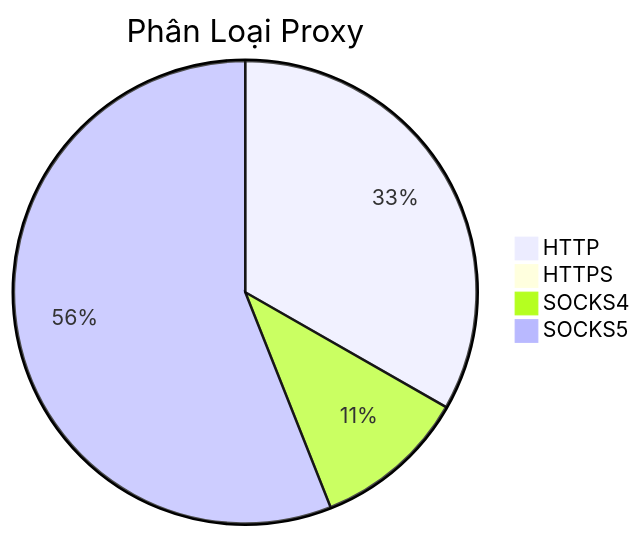
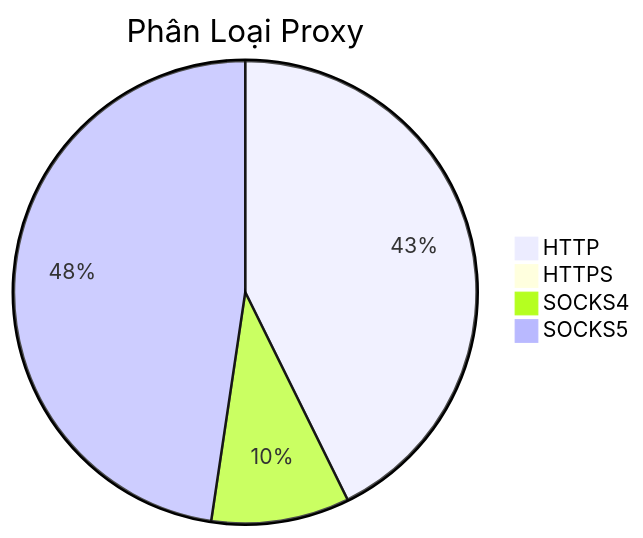
The diagram in README.md (Ciara-12/PROXY-free), drawn with Mermaid before and after one commit. The commit also changed other lines of this file and 4 other files, not shown here.

````diff
--- a/README.md
+++ b/README.md
@@ -26,7 +26,7 @@
 ```mermaid
 pie title Phân Loại Proxy
-    "HTTP" : 1015
-    "HTTPS" : 2
-    "SOCKS4" : 327
-    "SOCKS5" : 1709
+    "HTTP" : 1478
+    "HTTPS" : 0
+    "SOCKS4" : 334
+    "SOCKS5" : 1649
 ```
````
